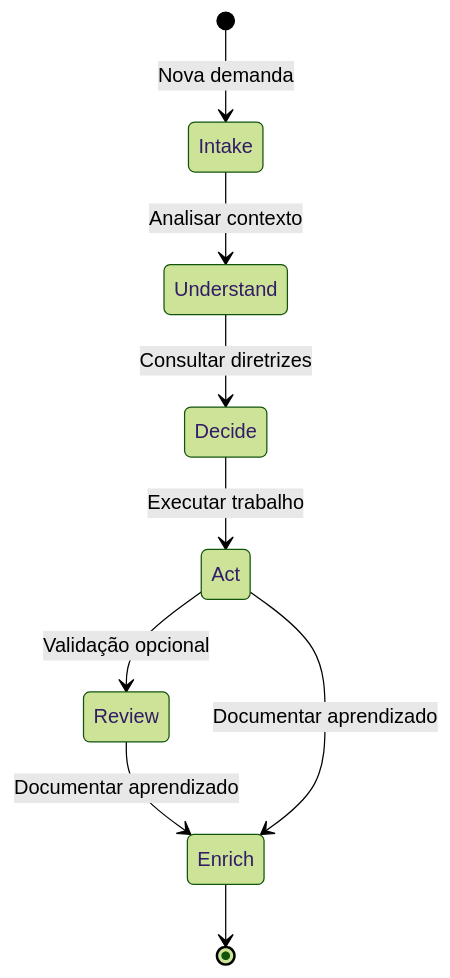
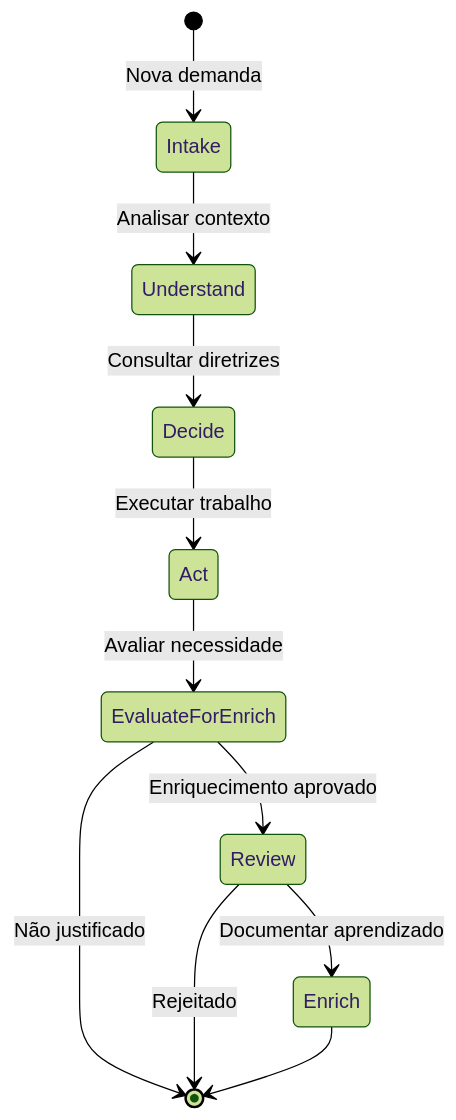
Before and after one commit to netomantonio/matrix-protocol: the third of 14 diagrams in ZWF_ZION_WORKFLOW_FRAMEWORK.md, drawn with Mermaid (forest theme). The commit also changed other lines of this file, not shown here.

````diff
--- a/ZWF_ZION_WORKFLOW_FRAMEWORK.md
+++ b/ZWF_ZION_WORKFLOW_FRAMEWORK.md
@@ -737,11 +1000,13 @@
 ```mermaid
 stateDiagram-v2
     [*] --> Intake: Nova demanda
     Intake --> Understand: Analisar contexto
     Understand --> Decide: Consultar diretrizes
     Decide --> Act: Executar trabalho
-    Act --> Review: Validação opcional
+    Act --> EvaluateForEnrich: Avaliar necessidade
+    EvaluateForEnrich --> Review: Enriquecimento aprovado
+    EvaluateForEnrich --> [*]: Não justificado
     Review --> Enrich: Documentar aprendizado
-    Act --> Enrich: Documentar aprendizado
+    Review --> [*]: Rejeitado
     Enrich --> [*]
 ```
````
